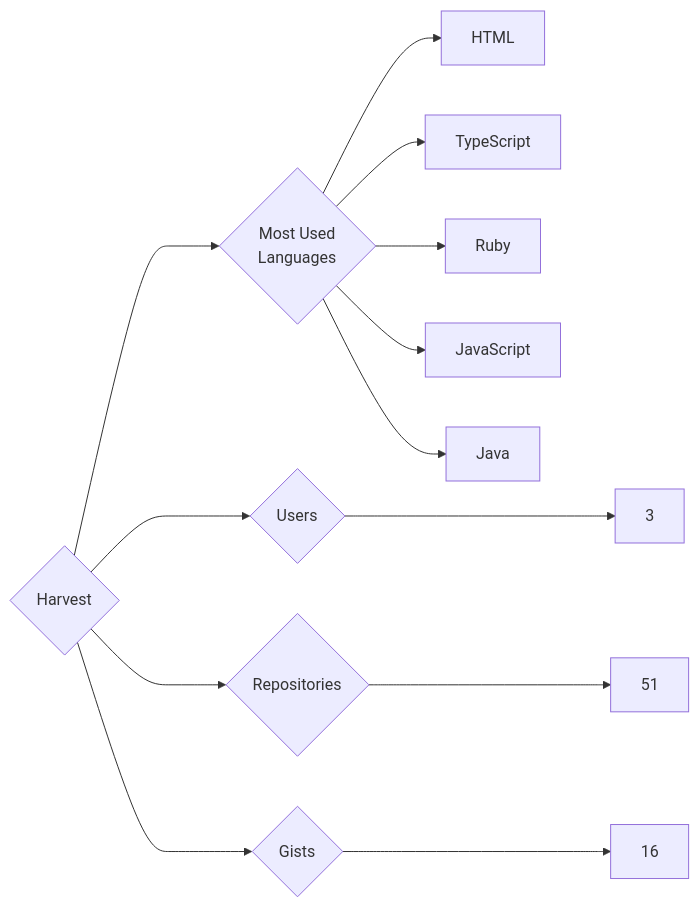
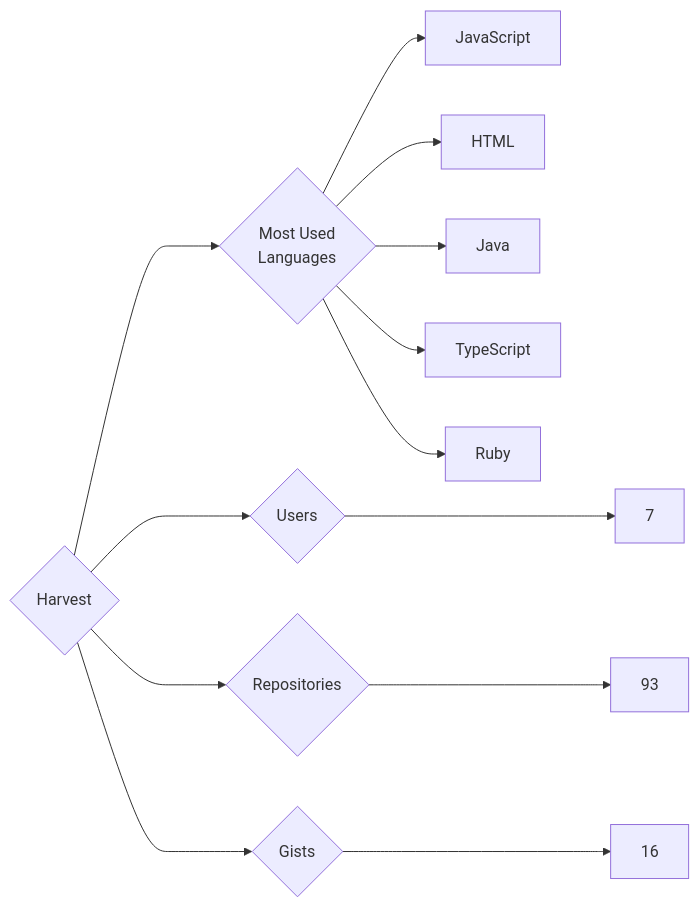
Before and after one commit to trickest/insiders: the diagram in targets/Harvest/README.md, drawn with Mermaid. The commit also changed 993 other files, not shown here.

````diff
--- a/targets/Harvest/README.md
+++ b/targets/Harvest/README.md
@@ -3,13 +3,13 @@
 ```mermaid
 graph LR
 COMPANY_NAME{Harvest}
-COMPANY_NAME ---> U{Users} ---> UN[3]
-COMPANY_NAME ---> R{Repositories} ---> RN[51]
+COMPANY_NAME ---> U{Users} ---> UN[7]
+COMPANY_NAME ---> R{Repositories} ---> RN[93]
 COMPANY_NAME ---> G{Gists} ---> GN[16]
 COMPANY_NAME ---> ML{Most Used<br>Languages}
+ML --> JavaScript[JavaScript]
 ML --> HTML[HTML]
+ML --> Java[Java]
 ML --> TypeScript[TypeScript]
 ML --> Ruby[Ruby]
-ML --> JavaScript[JavaScript]
-ML --> Java[Java]
 ```
````
